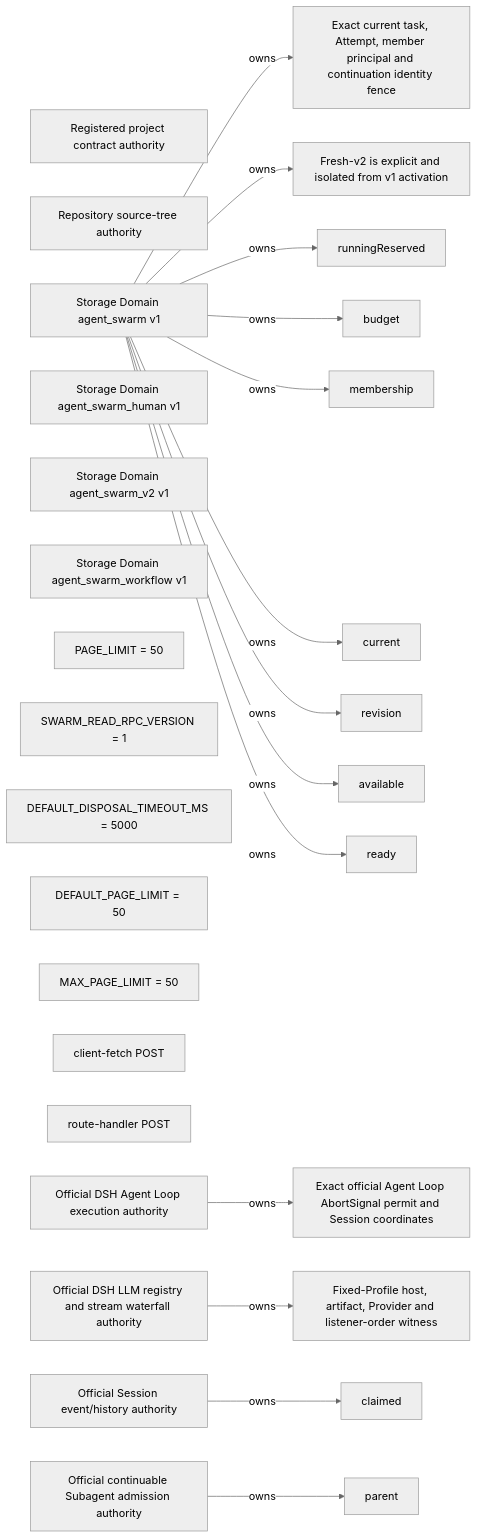
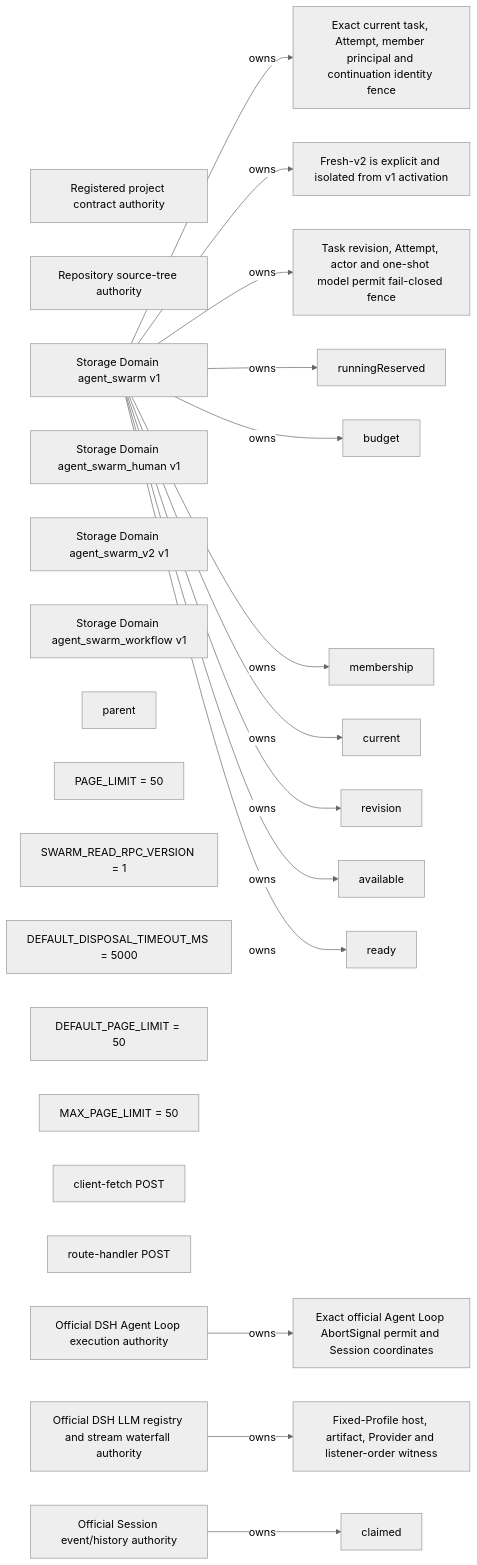
The sixth of 6 diagrams in docs/generated/knowledge-graph/redlines.md (leinasi2014/dsh-agent-swarm), drawn with Mermaid (neutral theme) before and after one commit. The commit also changed other lines of this file and 38 other files, not shown here.

Commit message:
feat: fence fresh-v2 task control races

````diff
--- a/docs/generated/knowledge-graph/redlines.md
+++ b/docs/generated/knowledge-graph/redlines.md
@@ -114,46 +114,46 @@
 ```mermaid
 flowchart LR
   n_617574686f726974793a70726f6a6563742d636f6e747261637473["Registered project contract authority"]
   n_617574686f726974793a736f757263652d74726565["Repository source-tree authority"]
   n_646f6d61696e3a6167656e742d737761726d["Storage Domain agent_swarm v1"]
   n_646f6d61696e3a6167656e742d737761726d2d68756d616e["Storage Domain agent_swarm_human v1"]
   n_646f6d61696e3a6167656e742d737761726d2d7632["Storage Domain agent_swarm_v2 v1"]
   n_646f6d61696e3a6167656e742d737761726d2d776f726b666c6f77["Storage Domain agent_swarm_workflow v1"]
   n_67756172643a617474656d70742d72756e6e696e672d7265736572766564["runningReserved"]
   n_67756172643a6275646765742d7265736572766174696f6e2d61646d69737369626c65["budget"]
   n_67756172643a6361707461696e2d6f722d73656c662d6d656d62657273686970["membership"]
   n_67756172643a636c61696d65642d6672616d652d6f6e6c792d61636b6e6f776c656467656d656e74["claimed"]
   n_67756172643a65786163742d63757272656e742d617474656d7074["current"]
   n_67756172643a65786163742d7461736b2d7265766973696f6e["revision"]
   n_67756172643a66726573682d76322d636f6e74696e756174696f6e2d65786163742d617474656d7074["Exact current task, Attempt, member principal and continuation identity fence"]
   n_67756172643a66726573682d76322d6578706572696d656e74616c2d61637469766174696f6e["Fresh-v2 is explicit and isolated from v1 activation"]
   n_67756172643a66726573682d76322d66697865642d70726f66696c652d7769746e6573732d6361706162696c697479["Fixed-Profile host, artifact, Provider and listener-order witness"]
   n_67756172643a66726573682d76322d6f6666696369616c2d6167656e742d6c6f6f702d72657175657374["Exact official Agent Loop AbortSignal permit and Session coordinates"]
+  n_67756172643a66726573682d76322d7465726d696e616c2d636f6e74726f6c2d77696e73["Task revision, Attempt, actor and one-shot model permit fail-closed fence"]
   n_67756172643a6d656d6265722d6861732d6e6f2d6f70656e2d776f726b["available"]
   n_67756172643a6f6666696369616c2d6c6976652d6469726563742d706172656e742d61646d697373696f6e["parent"]
   n_67756172643a7270632d626f756e642f7372632f636c69656e742f7465616d2d64617368626f6172642d636f6e74726f6c6c65722e74732f706167655f6c696d6974["PAGE_LIMIT = 50"]
   n_67756172643a7270632d626f756e642f7372632f7270632f726561642d7270632d636f6e74726163742e74732f737761726d5f726561645f7270635f76657273696f6e["SWARM_READ_RPC_VERSION = 1"]
   n_67756172643a7270632d626f756e642f7372632f7270632f726561642d7270632d736572766963652e74732f64656661756c745f646973706f73616c5f74696d656f75745f6d73["DEFAULT_DISPOSAL_TIMEOUT_MS = 5000"]
   n_67756172643a7270632d626f756e642f7372632f7270632f726561642d7270632d736572766963652e74732f64656661756c745f706167655f6c696d6974["DEFAULT_PAGE_LIMIT = 50"]
   n_67756172643a7270632d626f756e642f7372632f7270632f726561642d7270632d736572766963652e74732f6d61785f706167655f6c696d6974["MAX_PAGE_LIMIT = 50"]
   n_67756172643a7270632d687474702f30312d7372632f636c69656e742f726561642d636c69656e742e7473["client-fetch POST"]
   n_67756172643a7270632d687474702f30322d7372632f7270632f726561642d7270632d736572766963652e7473["route-handler POST"]
   n_67756172643a7461736b2d7265616479["ready"]
   n_6f6666696369616c2d617574686f726974793a6167656e742d6c6f6f70["Official DSH Agent Loop execution authority"]
   n_6f6666696369616c2d617574686f726974793a6c6c6d2d72756e74696d65["Official DSH LLM registry and stream waterfall authority"]
   n_6f6666696369616c2d617574686f726974793a73657373696f6e["Official Session event/history authority"]
-  n_6f6666696369616c2d617574686f726974793a7375626167656e74["Official continuable Subagent admission authority"]
   n_646f6d61696e3a6167656e742d737761726d -->|owns| n_67756172643a66726573682d76322d636f6e74696e756174696f6e2d65786163742d617474656d7074
   n_646f6d61696e3a6167656e742d737761726d -->|owns| n_67756172643a66726573682d76322d6578706572696d656e74616c2d61637469766174696f6e
+  n_646f6d61696e3a6167656e742d737761726d -->|owns| n_67756172643a66726573682d76322d7465726d696e616c2d636f6e74726f6c2d77696e73
   n_6f6666696369616c2d617574686f726974793a6c6c6d2d72756e74696d65 -->|owns| n_67756172643a66726573682d76322d66697865642d70726f66696c652d7769746e6573732d6361706162696c697479
   n_6f6666696369616c2d617574686f726974793a6167656e742d6c6f6f70 -->|owns| n_67756172643a66726573682d76322d6f6666696369616c2d6167656e742d6c6f6f702d72657175657374
   n_646f6d61696e3a6167656e742d737761726d -->|owns| n_67756172643a617474656d70742d72756e6e696e672d7265736572766564
   n_646f6d61696e3a6167656e742d737761726d -->|owns| n_67756172643a6275646765742d7265736572766174696f6e2d61646d69737369626c65
   n_646f6d61696e3a6167656e742d737761726d -->|owns| n_67756172643a6361707461696e2d6f722d73656c662d6d656d62657273686970
   n_6f6666696369616c2d617574686f726974793a73657373696f6e -->|owns| n_67756172643a636c61696d65642d6672616d652d6f6e6c792d61636b6e6f776c656467656d656e74
   n_646f6d61696e3a6167656e742d737761726d -->|owns| n_67756172643a65786163742d63757272656e742d617474656d7074
   n_646f6d61696e3a6167656e742d737761726d -->|owns| n_67756172643a65786163742d7461736b2d7265766973696f6e
   n_646f6d61696e3a6167656e742d737761726d -->|owns| n_67756172643a6d656d6265722d6861732d6e6f2d6f70656e2d776f726b
-  n_6f6666696369616c2d617574686f726974793a7375626167656e74 -->|owns| n_67756172643a6f6666696369616c2d6c6976652d6469726563742d706172656e742d61646d697373696f6e
   n_646f6d61696e3a6167656e742d737761726d -->|owns| n_67756172643a7461736b2d7265616479
 ```
````
